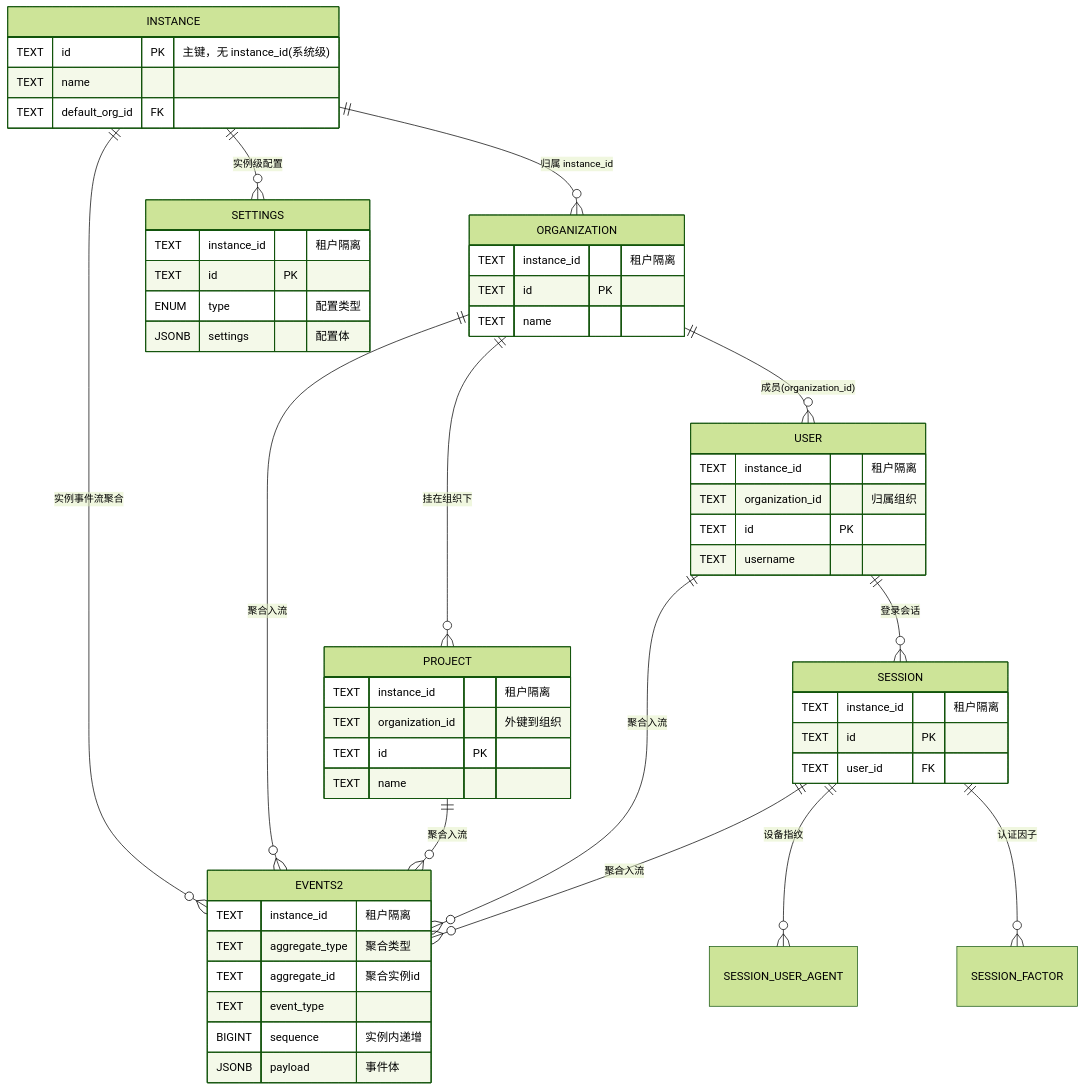
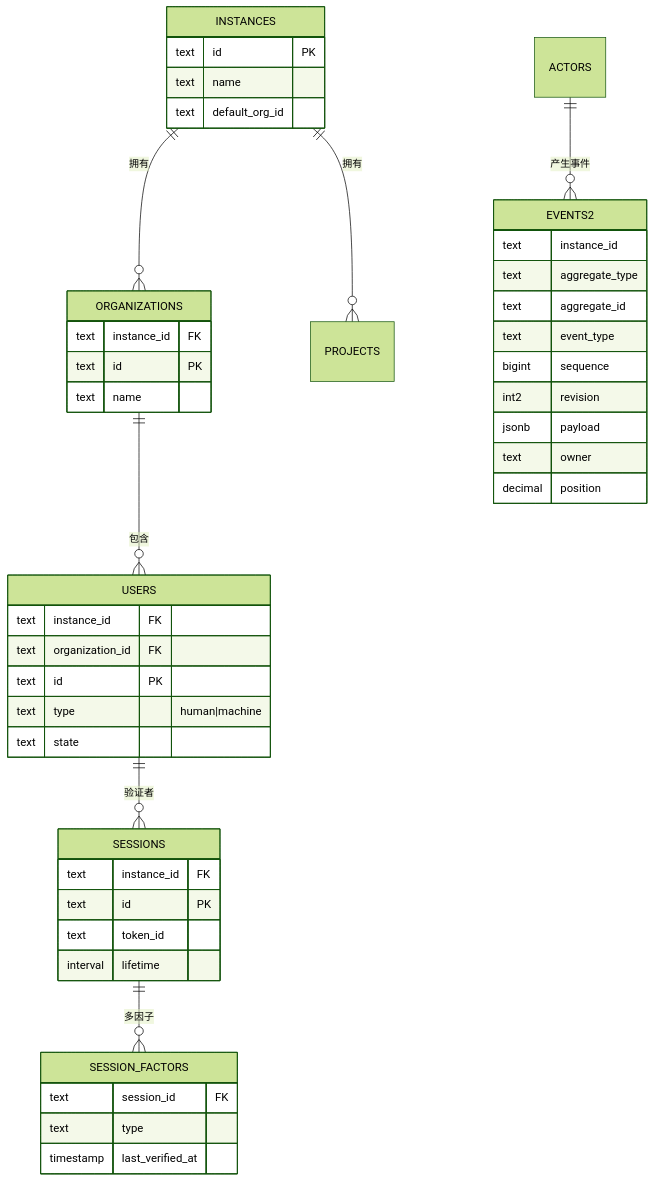
Before and after one commit to morehao/oss-insights: the first of 2 diagrams in auth/zitadel/data-model.md, drawn with Mermaid (forest theme). The commit also changed other lines of this file and 8 other files, not shown here.

````diff
--- a/auth/zitadel/data-model.md
+++ b/auth/zitadel/data-model.md
@@ -39,57 +24,49 @@
 ```mermaid
 erDiagram
-    INSTANCE ||--o{ ORGANIZATION : "归属 instance_id"
-    INSTANCE ||--o{ SETTINGS : "实例级配置"
-    ORGANIZATION ||--o{ PROJECT : "挂在组织下"
-    ORGANIZATION ||--o{ USER : "成员(organization_id)"
-    USER ||--o{ SESSION : "登录会话"
-    SESSION ||--o{ SESSION_USER_AGENT : "设备指纹"
-    SESSION ||--o{ SESSION_FACTOR : "认证因子"
-    INSTANCE ||--o{ EVENTS2 : "实例事件流聚合"
-    ORGANIZATION ||--o{ EVENTS2 : "聚合入流"
-    PROJECT ||--o{ EVENTS2 : "聚合入流"
-    USER ||--o{ EVENTS2 : "聚合入流"
-    SESSION ||--o{ EVENTS2 : "聚合入流"
+    INSTANCES ||--o{ ORGANIZATIONS : 拥有
+    INSTANCES ||--o{ PROJECTS : 拥有
+    ORGANIZATIONS ||--o{ USERS : 包含
+    USERS ||--o{ SESSIONS : 验证者
+    SESSIONS ||--o{ SESSION_FACTORS : 多因子
+    ACTORS ||--o{ EVENTS2 : 产生事件
 
-    INSTANCE {
-        TEXT  id PK "主键，无 instance_id(系统级)"
-        TEXT  name
-        TEXT  default_org_id FK
+    INSTANCES {
+        text id PK
+        text name
+        text default_org_id
     }
-    ORGANIZATION {
-        TEXT  instance_id "租户隔离"
-        TEXT  id PK
-        TEXT  name
+    ORGANIZATIONS {
+        text instance_id FK
+        text id PK
+        text name
     }
-    PROJECT {
-        TEXT  instance_id "租户隔离"
-        TEXT  organization_id "外键到组织"
-        TEXT  id PK
-        TEXT  name
+    USERS {
+        text instance_id FK
+        text organization_id FK
+        text id PK
+        text type "human|machine"
+        text state
     }
-    USER {
-        TEXT  instance_id "租户隔离"
-        TEXT  organization_id "归属组织"
-        TEXT  id PK
-        TEXT  username
+    SESSIONS {
+        text instance_id FK
+        text id PK
+        text token_id
+        interval lifetime
     }
-    SESSION {
-        TEXT  instance_id "租户隔离"
-        TEXT  id PK
-        TEXT  user_id FK
-    }
-    SETTINGS {
-        TEXT  instance_id "租户隔离"
-        TEXT  id PK
-        ENUM  type "配置类型"
-        JSONB settings "配置体"
+    SESSION_FACTORS {
+        text session_id FK
+        text type
+        timestamp last_verified_at
     }
     EVENTS2 {
-        TEXT  instance_id "租户隔离"
-        TEXT  aggregate_type "聚合类型"
-        TEXT  aggregate_id "聚合实例id"
-        TEXT  event_type
-        BIGINT sequence "实例内递增"
-        JSONB payload "事件体"
+        text instance_id
+        text aggregate_type
+        text aggregate_id
+        text event_type
+        bigint sequence
+        int2 revision
+        jsonb payload
+        text owner
+        decimal position
     }
 ```
````
